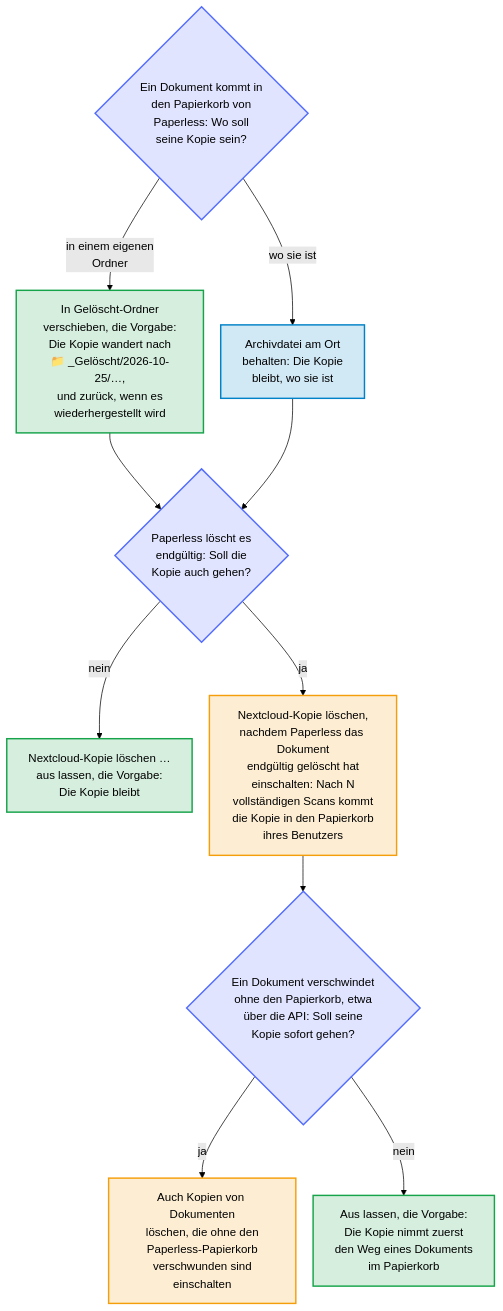
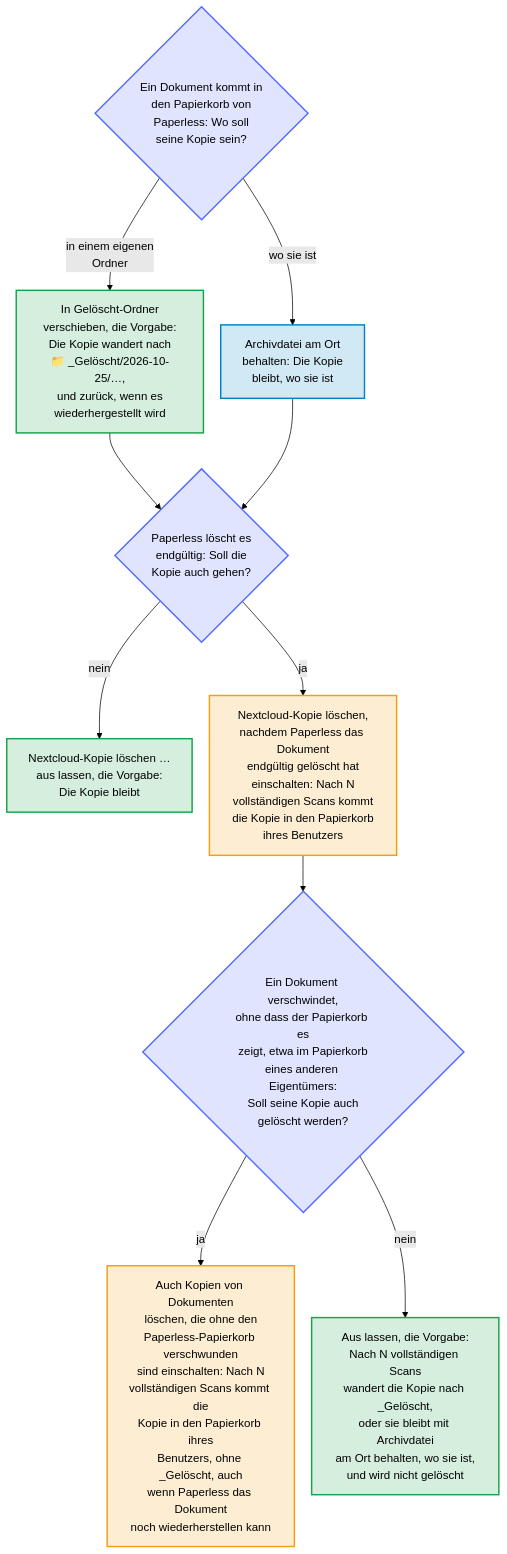
The diagram in docs/diagrams/which-deletion-settings-do-i-need.de.mmd (Dennis-Otto/paperless-sync), drawn with Mermaid (forest theme) before and after one commit. The commit also changed 11 other files, not shown here.

```diff
--- a/docs/diagrams/which-deletion-settings-do-i-need.de.mmd
+++ b/docs/diagrams/which-deletion-settings-do-i-need.de.mmd
@@ -1,37 +1,37 @@
 ---
 config:
   flowchart:
     nodeSpacing: 24
 ---
 flowchart TB
     accTitle: Welche Löscheinstellungen du brauchst
-    accDescr: Der Abschnitt Papierkorb und Löschsicherheit beantwortet drei Fragen. Erstens, wohin die Kopie eines Dokuments kommt, das in den Papierkorb von Paperless ging: Mit dem Verhalten beim Paperless-Papierkorb In Gelöscht-Ordner verschieben, der Vorgabe, wandert sie nach _Gelöscht, unter den Tag, an dem das Dokument in den Papierkorb kam, und kehrt zurück, wenn das Dokument wiederhergestellt wird; mit Archivdatei am Ort behalten bleibt sie, wo sie ist. Zweitens, ob die Kopie auch geht, wenn Paperless das Dokument endgültig gelöscht hat: Bleibt Nextcloud-Kopie löschen, nachdem Paperless das Dokument endgültig gelöscht hat aus, die Vorgabe, bleibt die Kopie; ist es an, kommt die Kopie nach N vollständigen Scans ohne das Dokument in den Papierkorb ihres Benutzers in Nextcloud, wobei N die Einstellung Erforderliche aufeinanderfolgende Läufe ohne das Dokument ist, drei als Vorgabe. Drittens, mit diesem Schalter an, ob die Kopie eines Dokuments, das ohne den Paperless-Papierkorb verschwunden ist, etwa über die API gelöscht, sofort geht: Dann Auch Kopien von Dokumenten löschen, die ohne den Paperless-Papierkorb verschwunden sind einschalten; bleibt es aus, die Vorgabe, nimmt diese Kopie zuerst den Weg eines Dokuments im Papierkorb. Die Fragen sind indigo, die sicheren Vorgaben grün, der andere Weg, Kopien zu behalten, blau und die Schalter, die Kopien löschen, bernsteinfarben.
+    accDescr: Der Abschnitt Papierkorb und Löschsicherheit beantwortet drei Fragen. Erstens, wohin die Kopie eines Dokuments kommt, das in den Papierkorb von Paperless ging: Mit dem Verhalten beim Paperless-Papierkorb In Gelöscht-Ordner verschieben, der Vorgabe, wandert sie nach _Gelöscht, unter den Tag, an dem das Dokument in den Papierkorb kam, und kehrt zurück, wenn das Dokument wiederhergestellt wird; mit Archivdatei am Ort behalten bleibt sie, wo sie ist. Zweitens, ob die Kopie auch geht, wenn Paperless das Dokument endgültig gelöscht hat: Bleibt Nextcloud-Kopie löschen, nachdem Paperless das Dokument endgültig gelöscht hat aus, die Vorgabe, bleibt die Kopie; ist es an, kommt die Kopie nach N vollständigen Scans ohne das Dokument in den Papierkorb ihres Benutzers in Nextcloud, wobei N die Einstellung Erforderliche aufeinanderfolgende Läufe ohne das Dokument ist, drei als Vorgabe. Drittens, mit diesem Schalter an, ob auch die Kopie eines Dokuments gelöscht wird, das verschwindet, ohne dass der Papierkorb es zeigt, etwa eines im Papierkorb eines anderen Eigentümers, den das Konto der App nicht sieht: Mit Auch Kopien von Dokumenten löschen, die ohne den Paperless-Papierkorb verschwunden sind, kommt die Kopie nach N vollständigen Scans in den Papierkorb ihres Benutzers, ohne _Gelöscht, auch wenn Paperless das Dokument noch wiederherstellen kann; bleibt es aus, die Vorgabe, wandert die Kopie nach N vollständigen Scans nach _Gelöscht, oder sie bleibt mit Archivdatei am Ort behalten, wo sie ist, und wird nicht gelöscht. Die Fragen sind indigo, die sicheren Vorgaben grün, der andere Weg, Kopien zu behalten, blau und die Schalter, die Kopien löschen, bernsteinfarben.
 
     trashed{"Ein Dokument kommt in<br>den Papierkorb von<br>Paperless: Wo soll<br>seine Kopie sein?"}
     move["In Gelöscht-Ordner<br>verschieben, die Vorgabe:<br>Die Kopie wandert nach<br>📁 _Gelöscht/2026-10-25/…,<br>und zurück, wenn es<br>wiederhergestellt wird"]
     keep["Archivdatei am Ort<br>behalten: Die Kopie<br>bleibt, wo sie ist"]
     gone{"Paperless löscht es<br>endgültig: Soll die<br>Kopie auch gehen?"}
     stays["Nextcloud-Kopie löschen …<br>aus lassen, die Vorgabe:<br>Die Kopie bleibt"]
     permanent["Nextcloud-Kopie löschen,<br>nachdem Paperless das Dokument<br>endgültig gelöscht hat<br>einschalten: Nach N<br>vollständigen Scans kommt<br>die Kopie in den Papierkorb<br>ihres Benutzers"]
-    vanished{"Ein Dokument verschwindet<br>ohne den Papierkorb, etwa<br>über die API: Soll seine<br>Kopie sofort gehen?"}
-    direct["Auch Kopien von Dokumenten<br>löschen, die ohne den<br>Paperless-Papierkorb<br>verschwunden sind<br>einschalten"]
-    first["Aus lassen, die Vorgabe:<br>Die Kopie nimmt zuerst<br>den Weg eines Dokuments<br>im Papierkorb"]
+    vanished{"Ein Dokument verschwindet,<br>ohne dass der Papierkorb es<br>zeigt, etwa im Papierkorb<br>eines anderen Eigentümers:<br>Soll seine Kopie auch<br>gelöscht werden?"}
+    direct["Auch Kopien von Dokumenten<br>löschen, die ohne den<br>Paperless-Papierkorb verschwunden<br>sind einschalten: Nach N<br>vollständigen Scans kommt die<br>Kopie in den Papierkorb ihres<br>Benutzers, ohne _Gelöscht, auch<br>wenn Paperless das Dokument<br>noch wiederherstellen kann"]
+    first["Aus lassen, die Vorgabe:<br>Nach N vollständigen Scans<br>wandert die Kopie nach _Gelöscht,<br>oder sie bleibt mit Archivdatei<br>am Ort behalten, wo sie ist,<br>und wird nicht gelöscht"]
 
     trashed -- "in einem eigenen<br>Ordner" --> move
     trashed -- "wo sie ist" --> keep
     move --> gone
     keep --> gone
     gone -- "nein" --> stays
     gone -- "ja" --> permanent
     permanent --> vanished
     vanished -- "ja" --> direct
     vanished -- "nein" --> first
 
     classDef check fill:#526cfe2e,stroke:#526cfe,stroke-width:2px
     classDef kept fill:#16a34a2e,stroke:#16a34a,stroke-width:2px
     classDef nextcloud fill:#0082c92e,stroke:#0082c9,stroke-width:2px
     classDef warning fill:#f59e0b2e,stroke:#f59e0b,stroke-width:2px
     class trashed,gone,vanished check
     class move,stays,first kept
     class keep nextcloud
     class permanent,direct warning
```
